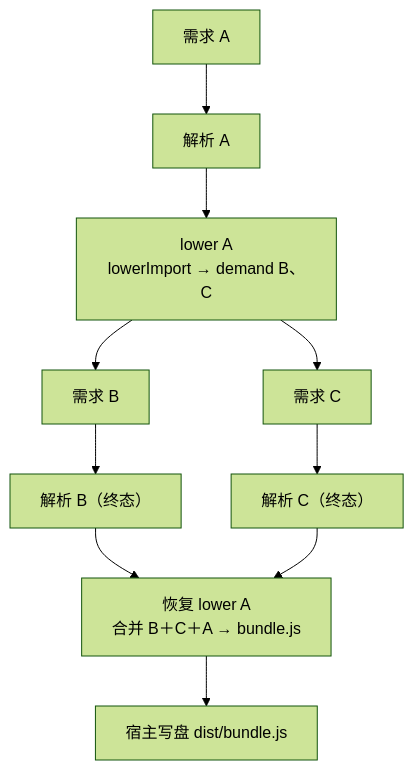
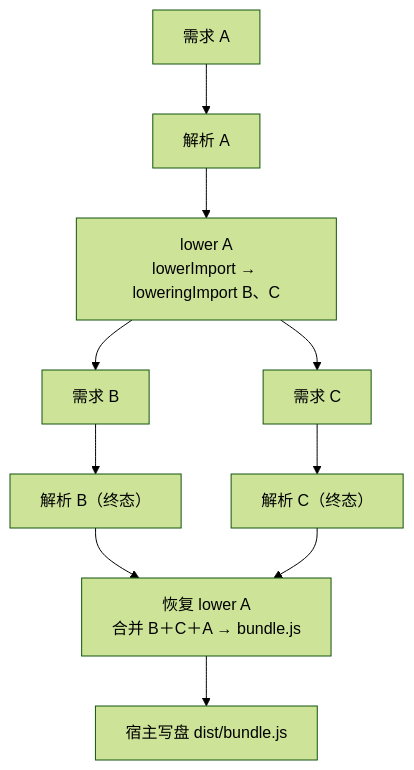
The diagram in packages/stack/docs/recipe-single-file.md (idealjs/stack), drawn with Mermaid (forest theme) before and after one commit. The commit also changed other lines of this file and 8 other files, not shown here.

````diff
--- a/packages/stack/docs/recipe-single-file.md
+++ b/packages/stack/docs/recipe-single-file.md
@@ -36,10 +44,10 @@
 ```mermaid
 flowchart TD
     D1["需求 A"] --> P1["解析 A"]
-    P1 --> L1["lower A<br/>lowerImport → demand B、C"]
+    P1 --> L1["lower A<br/>lowerImport → loweringImport B、C"]
     L1 --> D2["需求 B"] --> P2["解析 B（终态）"]
     L1 --> D3["需求 C"] --> P3["解析 C（终态）"]
     P2 --> R["恢复 lower A<br/>合并 B＋C＋A → bundle.js"]
     P3 --> R
     R --> W["宿主写盘 dist/bundle.js"]
 ```
````
